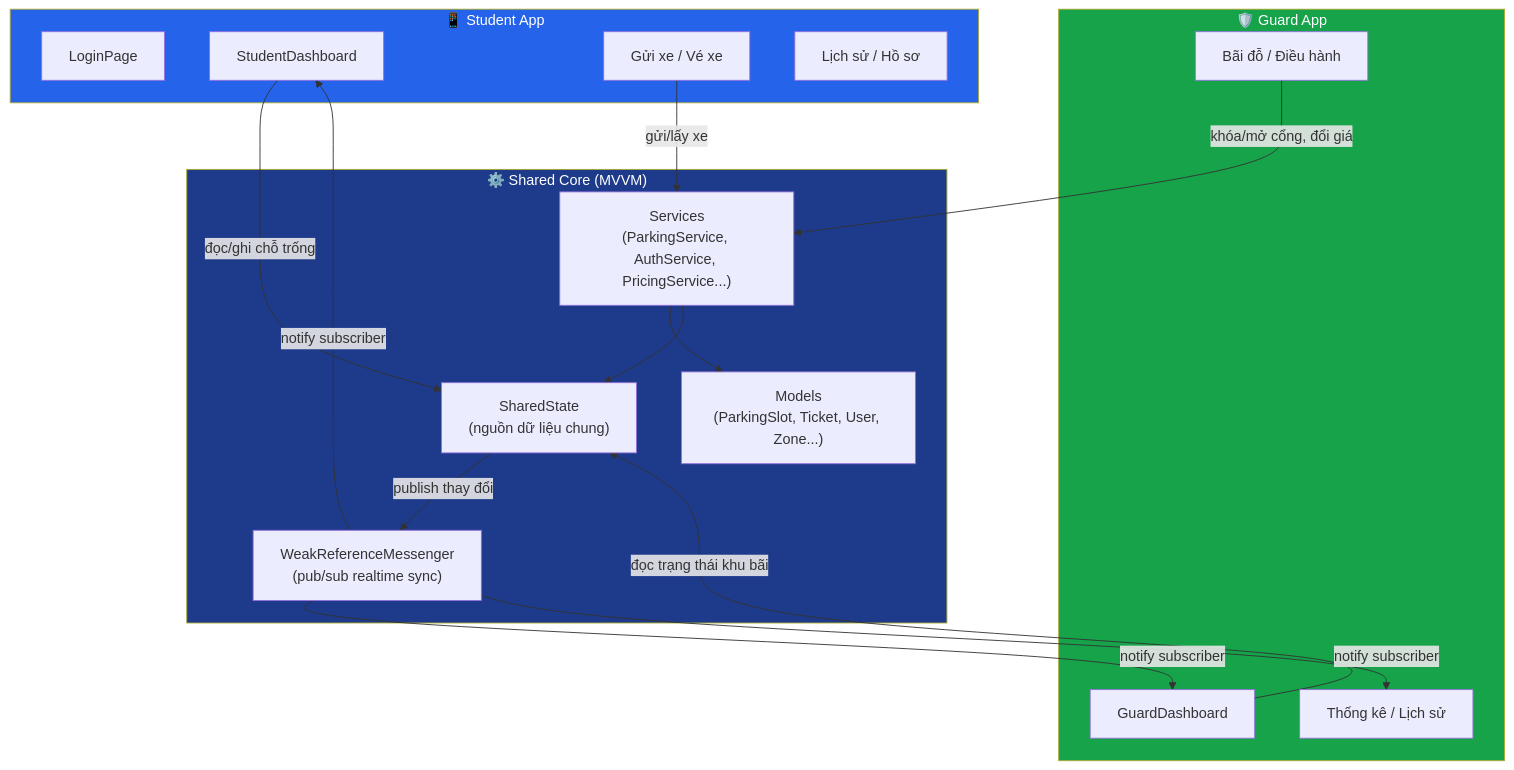
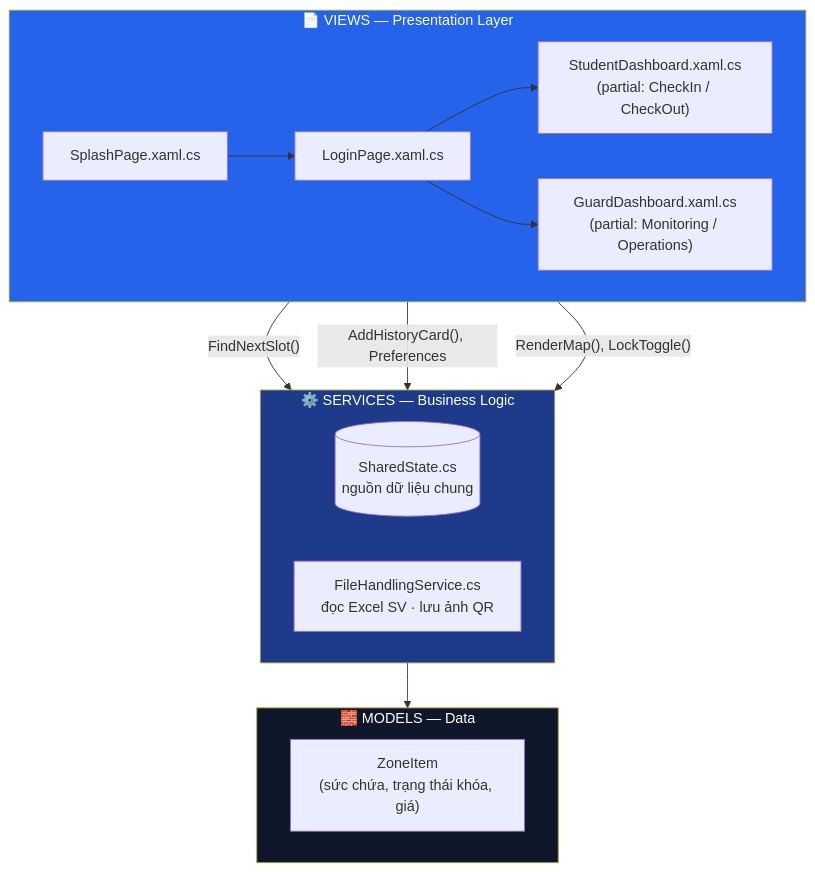
One commit to xuankinh/UTE_Parking_System changed the first of 4 diagrams in README.md. Above: the diagram before and after it, drawn with Mermaid. The commit also changed other lines of this file, not shown here.

````diff
--- a/README.md
+++ b/README.md
@@ -62,37 +64,35 @@
 ```mermaid
 flowchart TB
-    subgraph Student["📱 Student App"]
-        S1[LoginPage]
-        S2[StudentDashboard]
-        S3[Gửi xe / Vé xe]
-        S4[Lịch sử / Hồ sơ]
+    subgraph VIEWS["📄 VIEWS — Presentation Layer"]
+        direction LR
+        SP["SplashPage.xaml.cs"]
+        LP["LoginPage.xaml.cs"]
+        SD["StudentDashboard.xaml.cs\n(partial: CheckIn / CheckOut)"]
+        GD["GuardDashboard.xaml.cs\n(partial: Monitoring / Operations)"]
     end
 
-    subgraph Guard["🛡️ Guard App"]
-        G1[GuardDashboard]
-        G2[Bãi đỗ / Điều hành]
-        G3[Thống kê / Lịch sử]
+    subgraph SERVICES["⚙️ SERVICES — Business Logic"]
+        direction LR
+        SS[("SharedState.cs\nnguồn dữ liệu chung")]
+        FH["FileHandlingService.cs\nđọc Excel SV · lưu ảnh QR"]
     end
 
-    subgraph Core["⚙️ Shared Core (MVVM)"]
-        SS["SharedState\n(nguồn dữ liệu chung)"]
-        WM["WeakReferenceMessenger\n(pub/sub realtime sync)"]
-        SVC["Services\n(ParkingService, AuthService, PricingService...)"]
-        MDL["Models\n(ParkingSlot, Ticket, User, Zone...)"]
+    subgraph MODELS["🧱 MODELS — Data"]
+        direction LR
+        ZI["ZoneItem\n(sức chứa, trạng thái khóa, giá)"]
     end
 
-    S2 -- "đọc/ghi chỗ trống" --> SS
-    S3 -- "gửi/lấy xe" --> SVC
-    G1 -- "đọc trạng thái khu bãi" --> SS
-    G2 -- "khóa/mở cổng, đổi giá" --> SVC
-    SVC --> MDL
-    SVC --> SS
-    SS -- "publish thay đổi" --> WM
-    WM -- "notify subscriber" --> S2
-    WM -- "notify subscriber" --> G1
-    WM -- "notify subscriber" --> G3
+    SP --> LP
+    LP --> SD
+    LP --> GD
 
-    style Core fill:#1e3a8a,color:#fff
-    style Student fill:#2563eb,color:#fff
-    style Guard fill:#16a34a,color:#fff
+    SD -- "FindNextSlot()" --> SS
+    SD -- "AddHistoryCard(), Preferences" --> FH
+    GD -- "RenderMap(), LockToggle()" --> SS
+
+    SS --> ZI
+
+    style VIEWS fill:#2563eb,color:#fff
+    style SERVICES fill:#1e3a8a,color:#fff
+    style MODELS fill:#0f172a,color:#fff
 ```
````
